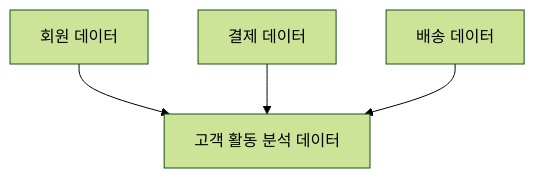
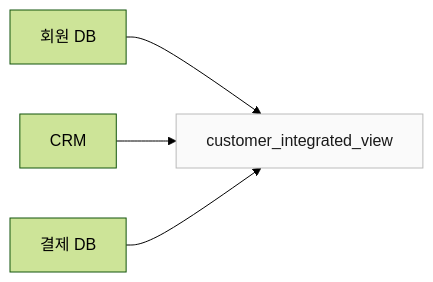
Before and after one commit to i31pc17/bitbook: diagram 15 of 23 in 모던 데이터 아키텍처/18장. 마스터 데이터 관리.md, drawn with Mermaid (forest theme). The commit also changed other lines of this file, not shown here.

````diff
--- a/모던 데이터 아키텍처/18장. 마스터 데이터 관리.md
+++ b/모던 데이터 아키텍처/18장. 마스터 데이터 관리.md
@@ -1158,10 +1101,8 @@
 ```mermaid
-flowchart TD
-    n0["회원 데이터"]
-    n2["결제 데이터"]
-    n4["배송 데이터"]
-    n5["고객 활동 분석 데이터"]
-    n0 --> n5
-    n2 --> n5
-    n4 --> n5
+flowchart LR
+    M["회원 DB"] --> V["customer_integrated_view"]
+    C["CRM"] --> V
+    P["결제 DB"] --> V
+
+    style V fill:#fafafa,stroke:#bbb,color:#1a1a1a
 ```
````
